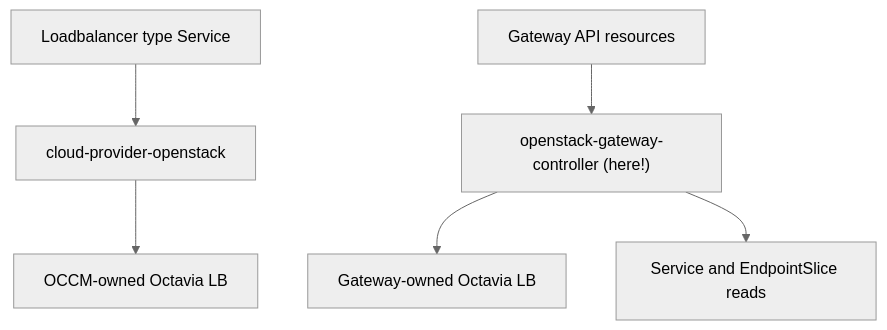
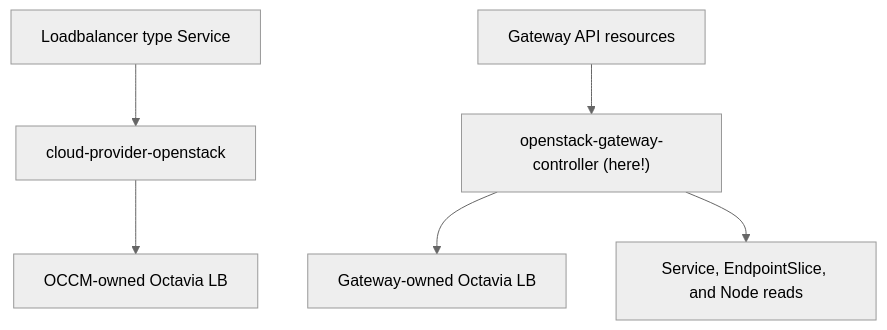
Before and after one commit to jihyun-huh/gateway-api-openstack: the diagram in README.md, drawn with Mermaid (neutral theme). The commit also changed other lines of this file and 4 other files, not shown here.

````diff
--- a/README.md
+++ b/README.md
@@ -40,9 +40,9 @@
 ```mermaid
 flowchart TD
     S["Loadbalancer type Service"] --> OCCM["cloud-provider-openstack"]
     OCCM --> SLB["OCCM-owned Octavia LB"]
 
     G["Gateway API resources"] --> CTRL["openstack-gateway-controller (here!)"]
     CTRL --> OLB["Gateway-owned Octavia LB"]
-    CTRL --> K8S["Service and EndpointSlice reads"]
+    CTRL --> K8S["Service, EndpointSlice, and Node reads"]
 ```
````
